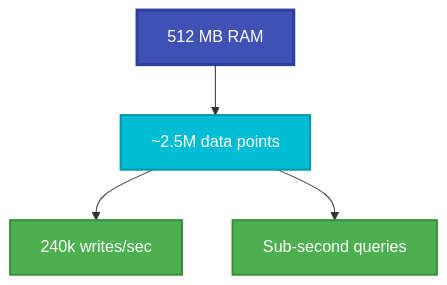
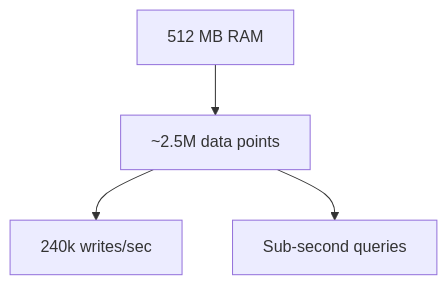
The fifth of 6 diagrams in docs/benchmarks.md (Pablo997/pulsardb), drawn with Mermaid before and after one commit. The commit also changed other lines of this file, not shown here.

Commit message:
Refactor benchmarks documentation by removing unnecessary styling elements from graphs to enhance clarity and focus on performance metrics.

````diff
--- a/docs/benchmarks.md
+++ b/docs/benchmarks.md
@@ -254,10 +249,6 @@
 ```mermaid
 graph TD
     A[512 MB RAM] --> B[~2.5M data points]
     B --> C[240k writes/sec]
     B --> D[Sub-second queries]
-    style A fill:#3F51B5,stroke:#303F9F,stroke-width:3px,color:#fff
-    style B fill:#00BCD4,stroke:#0097A7,stroke-width:2px,color:#fff
-    style C fill:#4CAF50,stroke:#388E3C,stroke-width:2px,color:#fff
-    style D fill:#4CAF50,stroke:#388E3C,stroke-width:2px,color:#fff
 ```
````
